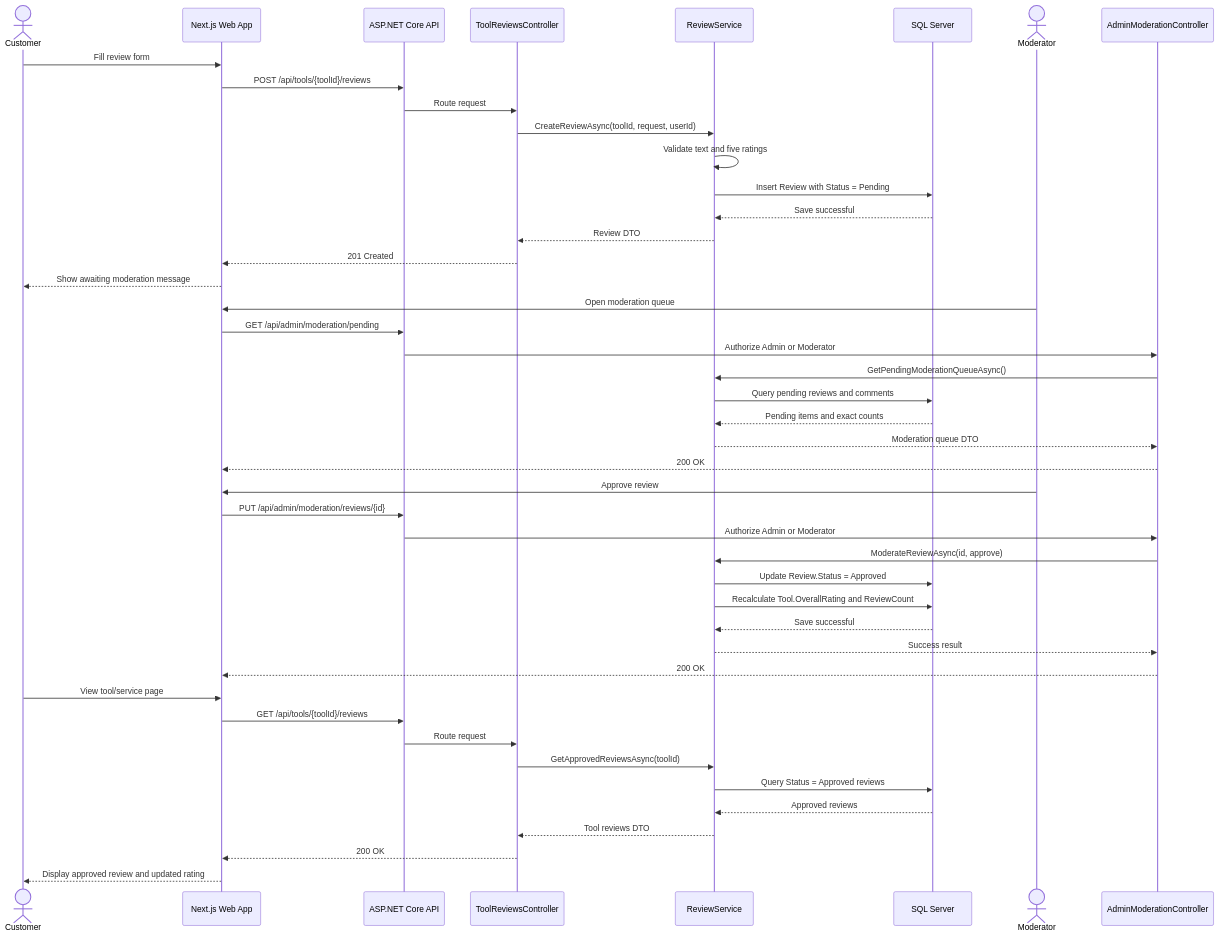
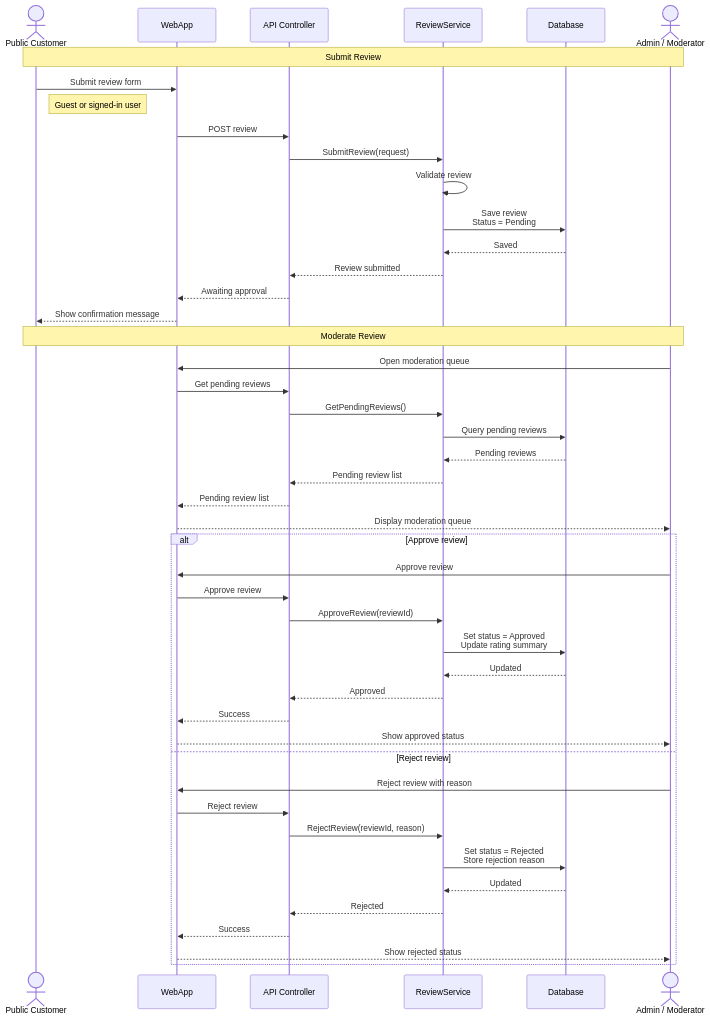
The fifth of 9 diagrams in docs/Functional Design (UML, DFDs, ERDs, Etc).md (SEPP-2026/ReviewPortal-API), drawn with Mermaid before and after one commit. The commit also changed other lines of this file and 1 other file, not shown here.

Commit message:
docs: align UML diagrams with review feedback

````diff
--- a/docs/Functional Design (UML, DFDs, ERDs, Etc).md
+++ b/docs/Functional Design (UML, DFDs, ERDs, Etc).md
@@ -460,51 +462,51 @@
 ```mermaid
 sequenceDiagram
-    actor Customer
-    participant Web as Next.js Web App
-    participant API as ASP.NET Core API
-    participant Reviews as ToolReviewsController
+    actor Customer as Public Customer
+    participant Web as WebApp
+    participant API as API Controller
     participant ReviewService
-    participant Db as SQL Server
-    actor Moderator
-    participant AdminModeration as AdminModerationController
+    participant Db as Database
+    actor Staff as Admin / Moderator
 
-    Customer->>Web: Fill review form
-    Web->>API: POST /api/tools/{toolId}/reviews
-    API->>Reviews: Route request
-    Reviews->>ReviewService: CreateReviewAsync(toolId, request, userId)
-    ReviewService->>ReviewService: Validate text and five ratings
-    ReviewService->>Db: Insert Review with Status = Pending
-    Db-->>ReviewService: Save successful
-    ReviewService-->>Reviews: Review DTO
-    Reviews-->>Web: 201 Created
-    Web-->>Customer: Show awaiting moderation message
+    Note over Customer,Staff: Submit Review
+    Customer->>Web: Submit review form
+    Note right of Customer: Guest or signed-in user
+    Web->>API: POST review
+    API->>ReviewService: SubmitReview(request)
+    ReviewService->>ReviewService: Validate review
+    ReviewService->>Db: Save review<br/>Status = Pending
+    Db-->>ReviewService: Saved
+    ReviewService-->>API: Review submitted
+    API-->>Web: Awaiting approval
+    Web-->>Customer: Show confirmation message
 
-    Moderator->>Web: Open moderation queue
-    Web->>API: GET /api/admin/moderation/pending
-    API->>AdminModeration: Authorize Admin or Moderator
-    AdminModeration->>ReviewService: GetPendingModerationQueueAsync()
-    ReviewService->>Db: Query pending reviews and comments
-    Db-->>ReviewService: Pending items and exact counts
-    ReviewService-->>AdminModeration: Moderation queue DTO
-    AdminModeration-->>Web: 200 OK
+    Note over Customer,Staff: Moderate Review
+    Staff->>Web: Open moderation queue
+    Web->>API: Get pending reviews
+    API->>ReviewService: GetPendingReviews()
+    ReviewService->>Db: Query pending reviews
+    Db-->>ReviewService: Pending reviews
+    ReviewService-->>API: Pending review list
+    API-->>Web: Pending review list
+    Web-->>Staff: Display moderation queue
 
-    Moderator->>Web: Approve review
-    Web->>API: PUT /api/admin/moderation/reviews/{id}
-    API->>AdminModeration: Authorize Admin or Moderator
-    AdminModeration->>ReviewService: ModerateReviewAsync(id, approve)
-    ReviewService->>Db: Update Review.Status = Approved
-    ReviewService->>Db: Recalculate Tool.OverallRating and ReviewCount
-    Db-->>ReviewService: Save successful
-    ReviewService-->>AdminModeration: Success result
-    AdminModeration-->>Web: 200 OK
-
-    Customer->>Web: View tool/service page
-    Web->>API: GET /api/tools/{toolId}/reviews
-    API->>Reviews: Route request
-    Reviews->>ReviewService: GetApprovedReviewsAsync(toolId)
-    ReviewService->>Db: Query Status = Approved reviews
-    Db-->>ReviewService: Approved reviews
-    ReviewService-->>Reviews: Tool reviews DTO
-    Reviews-->>Web: 200 OK
-    Web-->>Customer: Display approved review and updated rating
+    alt Approve review
+        Staff->>Web: Approve review
+        Web->>API: Approve review
+        API->>ReviewService: ApproveReview(reviewId)
+        ReviewService->>Db: Set status = Approved<br/>Update rating summary
+        Db-->>ReviewService: Updated
+        ReviewService-->>API: Approved
+        API-->>Web: Success
+        Web-->>Staff: Show approved status
+    else Reject review
+        Staff->>Web: Reject review with reason
+        Web->>API: Reject review
+        API->>ReviewService: RejectReview(reviewId, reason)
+        ReviewService->>Db: Set status = Rejected<br/>Store rejection reason
+        Db-->>ReviewService: Updated
+        ReviewService-->>API: Rejected
+        API-->>Web: Success
+        Web-->>Staff: Show rejected status
+    end
 ```
````
